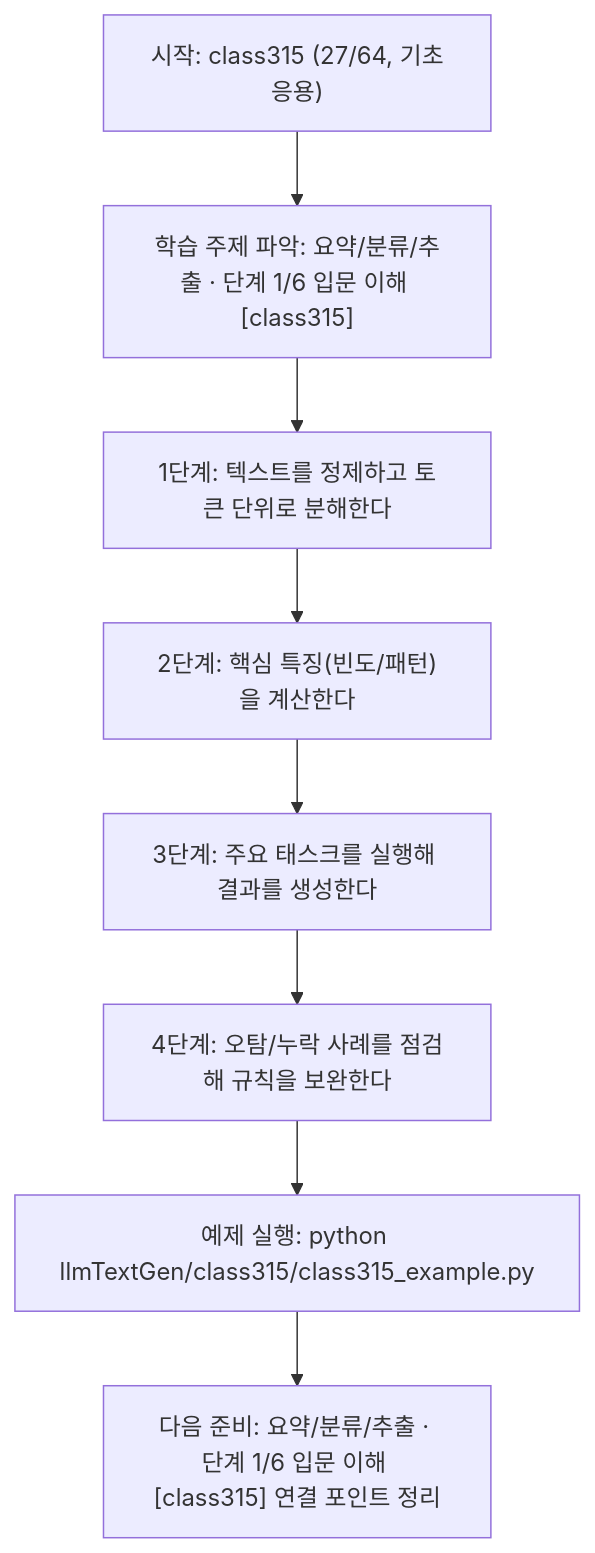
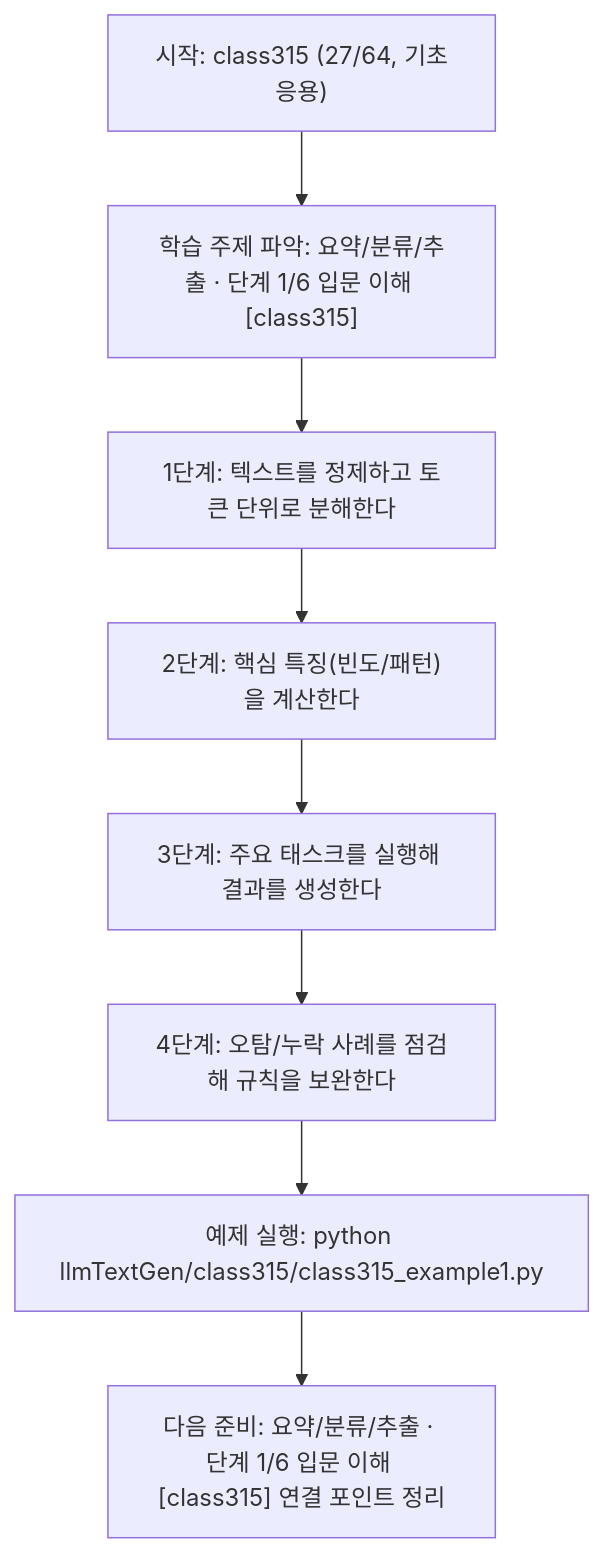
One commit to edumgt/Python-AI_Agent-Class changed the diagram in llmTextGen/class315/class315.md. Above: the diagram before and after it, drawn with Mermaid. The commit also changed other lines of this file and 2959 other files, not shown here.

````diff
--- a/llmTextGen/class315/class315.md
+++ b/llmTextGen/class315/class315.md
@@ -114,18 +114,18 @@
 ```mermaid
 flowchart TD
 N1["시작: class315 (27/64, 기초응용)"]
 N2["학습 주제 파악: 요약/분류/추출 · 단계 1/6 입문 이해 [class315]"]
 N3["1단계: 텍스트를 정제하고 토큰 단위로 분해한다"]
 N4["2단계: 핵심 특징(빈도/패턴)을 계산한다"]
 N5["3단계: 주요 태스크를 실행해 결과를 생성한다"]
 N6["4단계: 오탐/누락 사례를 점검해 규칙을 보완한다"]
-N7["예제 실행: python llmTextGen/class315/class315_example.py"]
+N7["예제 실행: python llmTextGen/class315/class315_example1.py"]
 N8["다음 준비: 요약/분류/추출 · 단계 1/6 입문 이해 [class315] 연결 포인트 정리"]
 N1 --> N2
 N2 --> N3
 N3 --> N4
 N4 --> N5
 N5 --> N6
 N6 --> N7
 N7 --> N8
 ```
````
